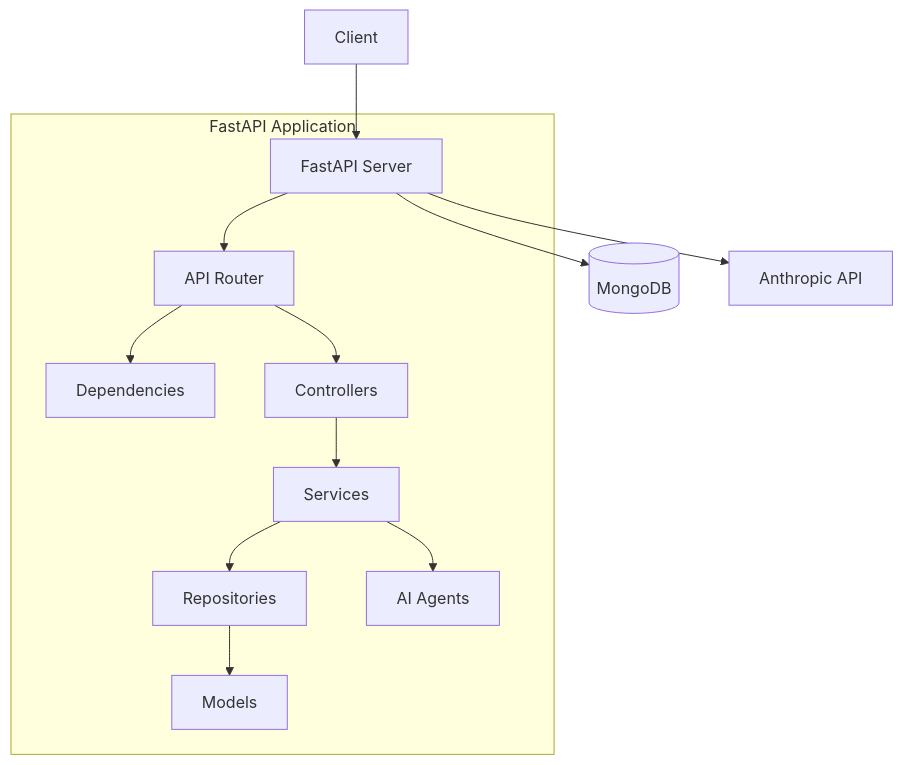
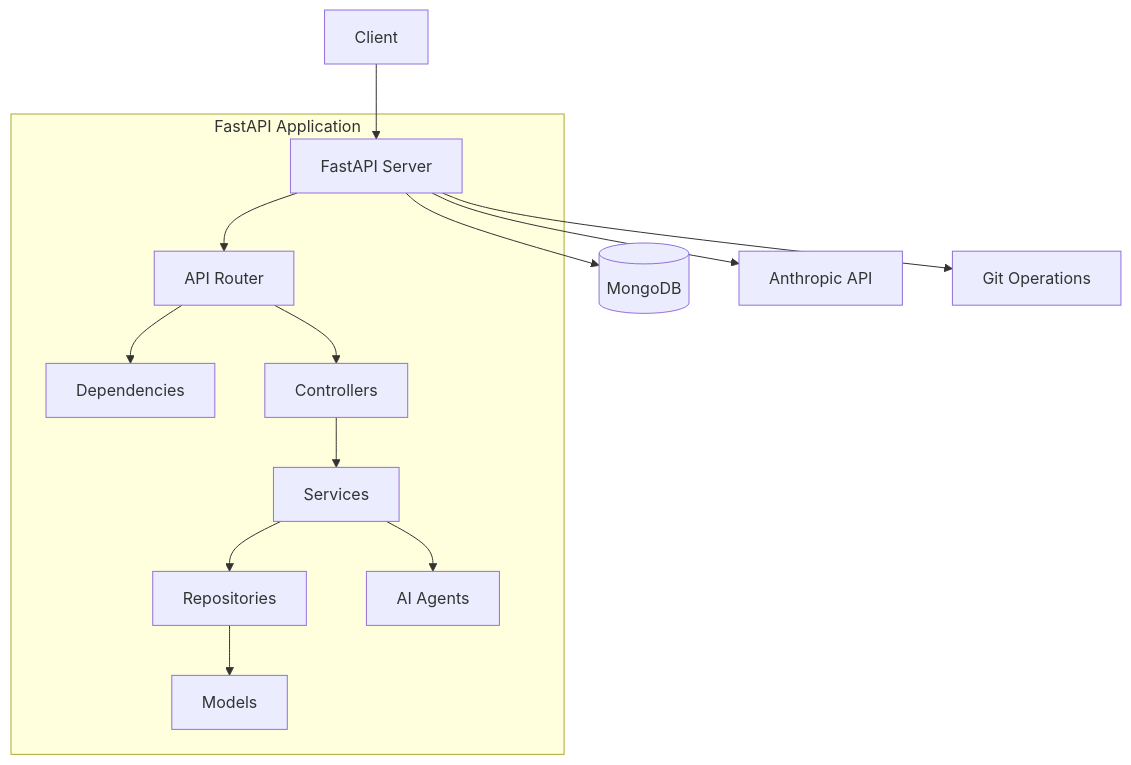
Before and after one commit to DEFRA/defra-ai-codereview-api: the first of 3 diagrams in ARCHITECTURE.md, drawn with Mermaid. The commit also changed other lines of this file and 2 other files, not shown here.

````diff
--- a/ARCHITECTURE.md
+++ b/ARCHITECTURE.md
@@ -9,16 +9,17 @@
 ```mermaid
 graph TD
     Client[Client] --> API[FastAPI Server]
     API --> MongoDB[(MongoDB)]
     API --> Anthropic[Anthropic API]
+    API --> Git[Git Operations]
     
     subgraph FastAPI Application
         API --> Router[API Router]
         Router --> Dependencies[Dependencies]
         Router --> Controllers[Controllers]
         Controllers --> Services[Services]
         Services --> Repositories[Repositories]
         Services --> Agents[AI Agents]
         Repositories --> Models[Models]
     end
 ```
````
